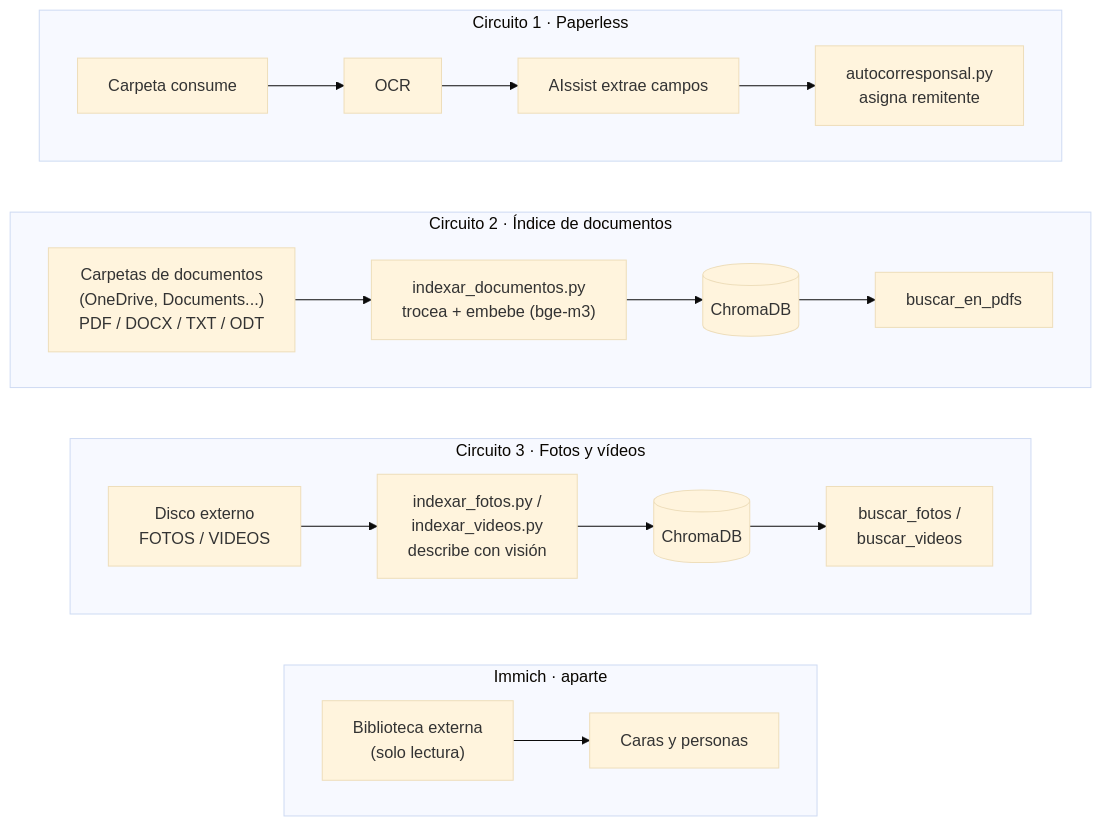
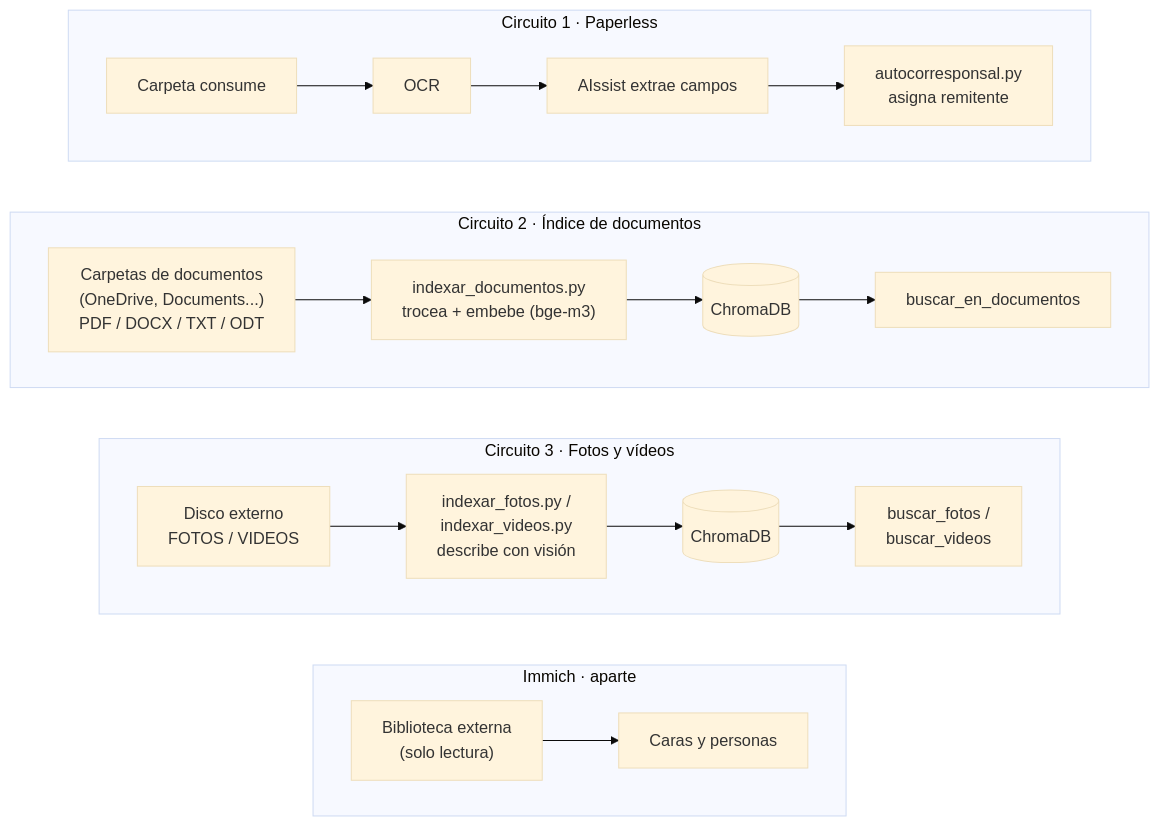
The diagram in README.md (fwinchi/ia-local-casa), drawn with Mermaid (base theme) before and after one commit. The commit also changed other lines of this file and 7 other files, not shown here.

````diff
--- a/README.md
+++ b/README.md
@@ -41,26 +41,26 @@
 ```mermaid
 flowchart TB
     subgraph C1["Circuito 1 · Paperless"]
         direction LR
         A1["Carpeta consume"] --> A2["OCR"] --> A3["AIssist extrae campos"] --> A4["autocorresponsal.py<br>asigna remitente"]
     end
 
     subgraph C2["Circuito 2 · Índice de documentos"]
         direction LR
         B1["Carpetas de documentos<br>(OneDrive, Documents...)<br>PDF / DOCX / TXT / ODT"] --> B2["indexar_documentos.py<br>trocea + embebe (bge-m3)"] --> B3[(ChromaDB)]
-        B3 --> B4["buscar_en_pdfs"]
+        B3 --> B4["buscar_en_documentos"]
     end
 
     subgraph C3["Circuito 3 · Fotos y vídeos"]
         direction LR
         D1["Disco externo<br>FOTOS / VIDEOS"] --> D2["indexar_fotos.py /<br>indexar_videos.py<br>describe con visión"] --> D3[(ChromaDB)]
         D3 --> D4["buscar_fotos /<br>buscar_videos"]
     end
 
     subgraph C4["Immich · aparte"]
         direction LR
         E1["Biblioteca externa<br>(solo lectura)"] --> E2["Caras y personas"]
     end
 
     C1 ~~~ C2 ~~~ C3 ~~~ C4
 ```
````
